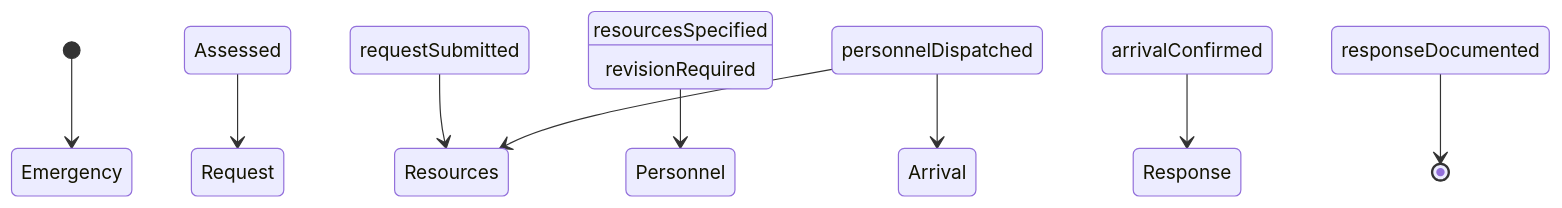
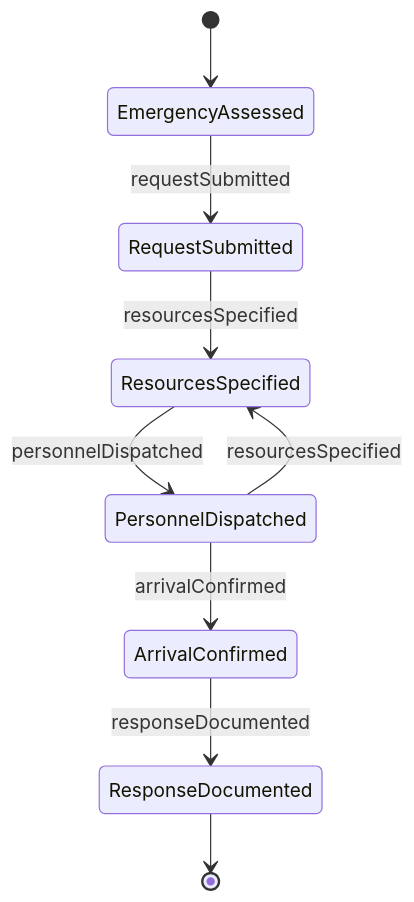
One commit to dot-org-ai/tasks.org.ai changed the second of 4 diagrams in CommunicatingWithSupervisorsPeersOrSubordinates/NotifyOthersOfEmergenciesOrProblems/RequestEmergencyPersonnel.mdx. Above: the diagram before and after it, drawn with Mermaid. The commit also changed other lines of this file and 515 other files, not shown here.

````diff
--- a/CommunicatingWithSupervisorsPeersOrSubordinates/NotifyOthersOfEmergenciesOrProblems/RequestEmergencyPersonnel.mdx
+++ b/CommunicatingWithSupervisorsPeersOrSubordinates/NotifyOthersOfEmergenciesOrProblems/RequestEmergencyPersonnel.mdx
@@ -96,11 +96,11 @@
 ```mermaid
 stateDiagram-v2
-    [*] --> Emergency Assessed
-    Emergency Assessed --> Request Submitted : requestSubmitted
-    Request Submitted --> Resources Specified : resourcesSpecified
-    Resources Specified --> Personnel Dispatched : personnelDispatched
-    Personnel Dispatched --> Arrival Confirmed : arrivalConfirmed
-    Arrival Confirmed --> Response Documented : responseDocumented
-    Personnel Dispatched --> Resources Specified : revisionRequired
-    Response Documented --> [*]
+    [*] --> EmergencyAssessed
+    EmergencyAssessed --> RequestSubmitted : requestSubmitted
+    RequestSubmitted --> ResourcesSpecified : resourcesSpecified
+    ResourcesSpecified --> PersonnelDispatched : personnelDispatched
+    PersonnelDispatched --> ArrivalConfirmed : arrivalConfirmed
+    ArrivalConfirmed --> ResponseDocumented : responseDocumented
+    PersonnelDispatched --> ResourcesSpecified : resourcesSpecified
+    ResponseDocumented --> [*]
 ```
````
